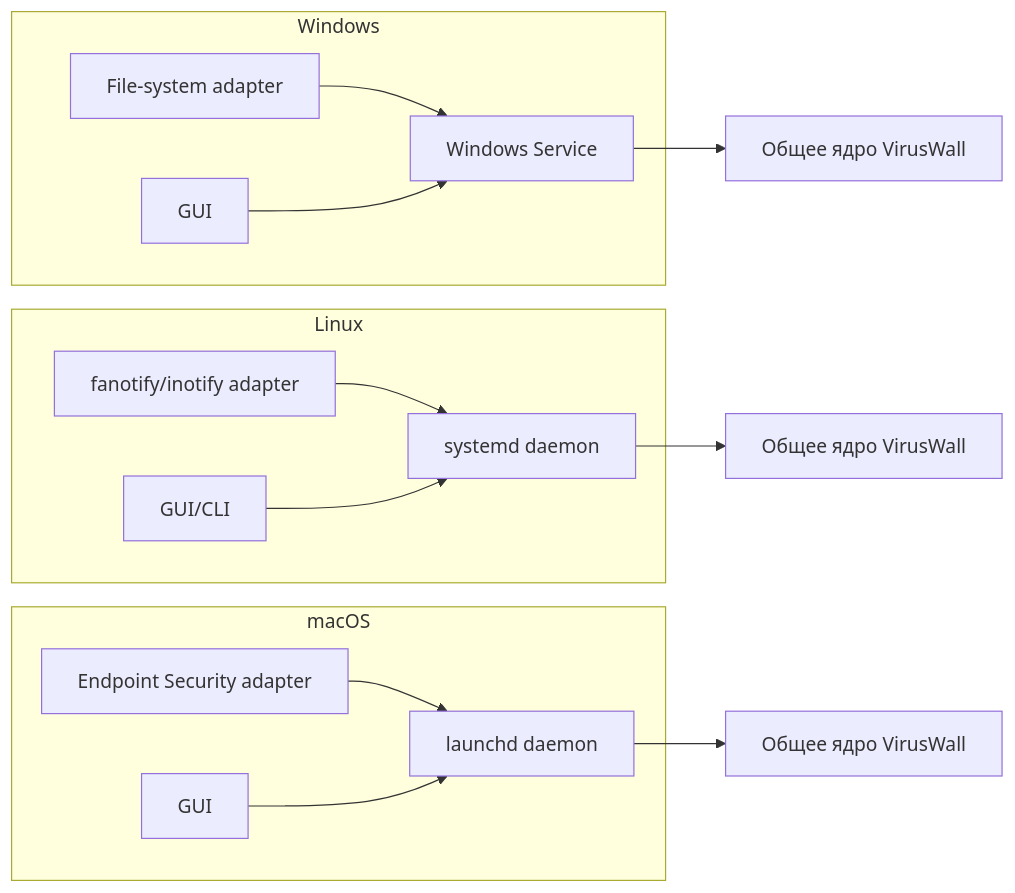
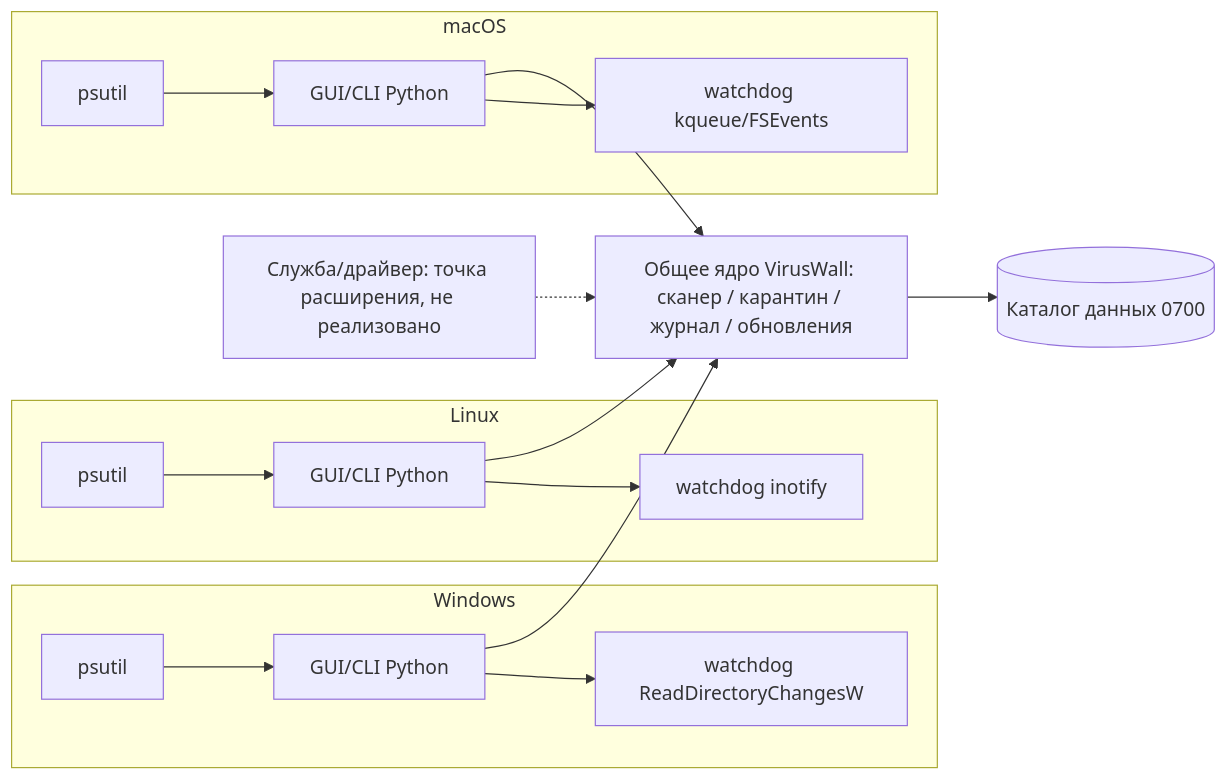
One commit to astrich27/virus_baby changed the third of 3 diagrams in 06_Диаграммы_VirusWall.md. Above: the diagram before and after it, drawn with Mermaid. The commit also changed other lines of this file and 13 other files, not shown here.

````diff
--- a/06_Диаграммы_VirusWall.md
+++ b/06_Диаграммы_VirusWall.md
@@ -52,27 +58,20 @@
 ```mermaid
 flowchart LR
     subgraph Windows
-      WS[Windows Service]
-      WF[File-system adapter]
-      WG[GUI]
+      WG[GUI/CLI Python] --> WRT[watchdog ReadDirectoryChangesW]
+      WPS[psutil] --> WG
     end
     subgraph Linux
-      LS[systemd daemon]
-      LF[fanotify/inotify adapter]
-      LG[GUI/CLI]
+      LG[GUI/CLI Python] --> LRT[watchdog inotify]
+      LPS[psutil] --> LG
     end
     subgraph macOS
-      MS[launchd daemon]
-      MF[Endpoint Security adapter]
-      MG[GUI]
+      MG[GUI/CLI Python] --> MRT[watchdog kqueue/FSEvents]
+      MPS[psutil] --> MG
     end
-    WS --> WCORE[Общее ядро VirusWall]
-    LS --> LCORE[Общее ядро VirusWall]
-    MS --> MCORE[Общее ядро VirusWall]
-    WF --> WS
-    LF --> LS
-    MF --> MS
-    WG --> WS
-    LG --> LS
-    MG --> MS
+    WG --> COMMON[Общее ядро VirusWall: сканер / карантин / журнал / обновления]
+    LG --> COMMON
+    MG --> COMMON
+    COMMON --> STORE[(Каталог данных 0700)]
+    NOTE[Служба/драйвер: точка расширения, не реализовано] -.-> COMMON
 ```
````
